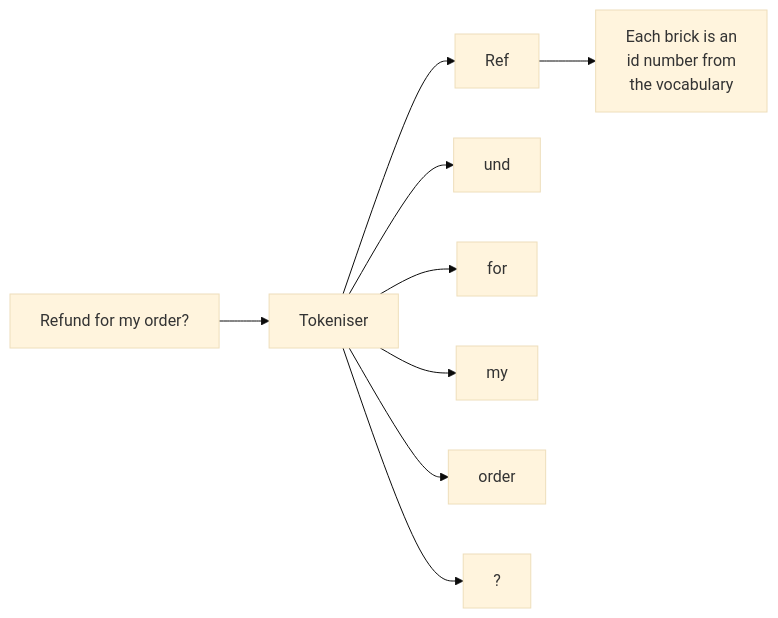
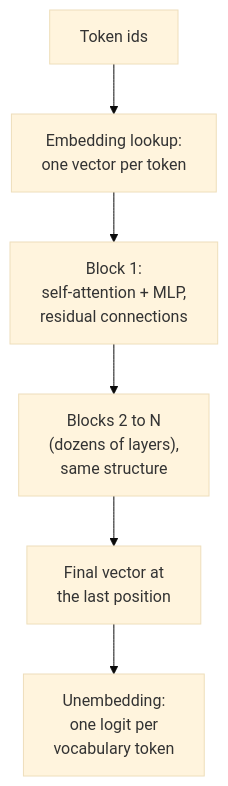
Before and after one commit to shubamchaudhary/CodeNITW: the fourth of 10 diagrams in src/Data/aiStackDocs/CH-01.md, drawn with Mermaid (base theme). The commit also changed other lines of this file and 52 other files, not shown here.

````diff
--- a/src/Data/aiStackDocs/CH-01.md
+++ b/src/Data/aiStackDocs/CH-01.md
@@ -49,11 +95,8 @@
 ```mermaid
-flowchart LR
-    T["Refund for my order?"] --> TK["Tokeniser"]
-    TK --> B1["Ref"]
-    TK --> B2["und"]
-    TK --> B3[" for"]
-    TK --> B4[" my"]
-    TK --> B5[" order"]
-    TK --> B6["?"]
-    B1 --> ID["Each brick is an<br/>id number from<br/>the vocabulary"]
+flowchart TB
+    T["Token ids"] --> E["Embedding lookup:<br/>one vector per token"]
+    E --> B1["Block 1:<br/>self-attention + MLP,<br/>residual connections"]
+    B1 --> BN["Blocks 2 to N<br/>(dozens of layers),<br/>same structure"]
+    BN --> F["Final vector at<br/>the last position"]
+    F --> U["Unembedding:<br/>one logit per<br/>vocabulary token"]
 ```
````
